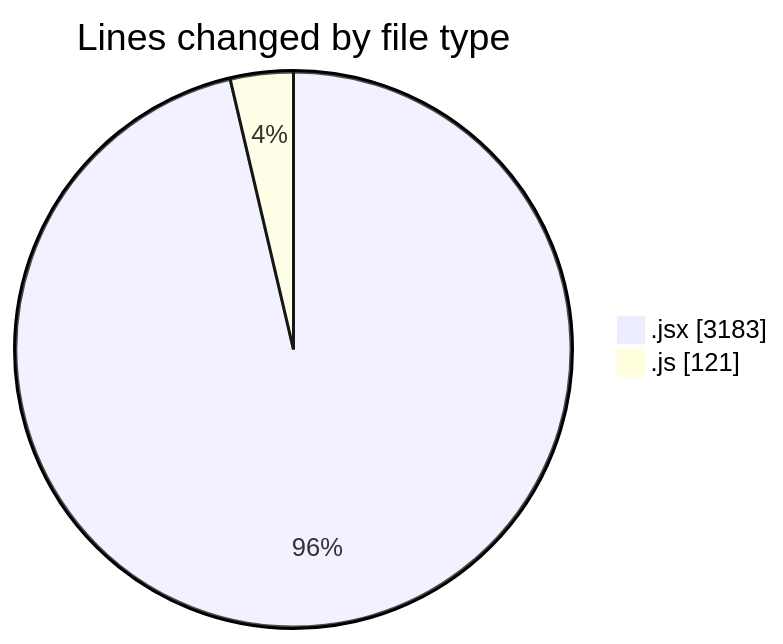
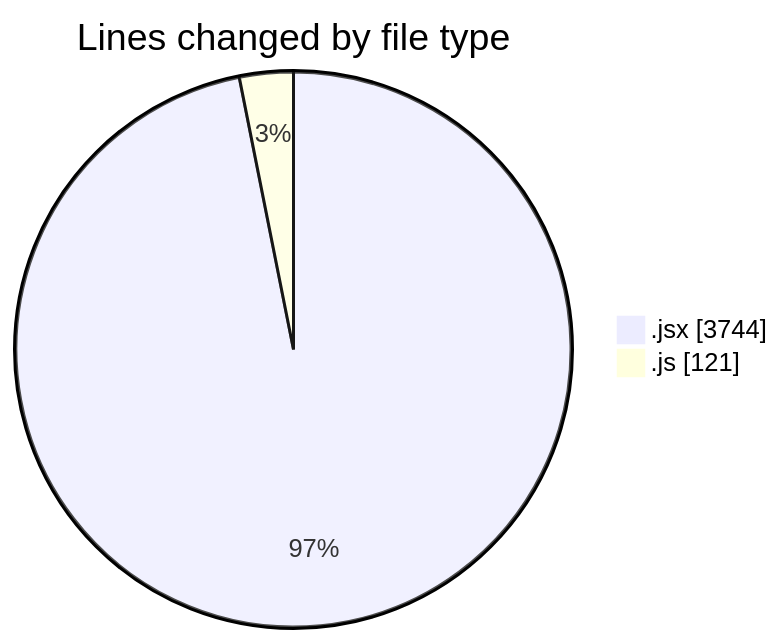
One commit to nxtqubesakshisongat/code-tracking changed the first of 2 diagrams in 2025-08-01/nxtqube_webapp/README.md. Above: the diagram before and after it, drawn with Mermaid. The commit also changed other lines of this file and 1 other file, not shown here.

````diff
--- a/2025-08-01/nxtqube_webapp/README.md
+++ b/2025-08-01/nxtqube_webapp/README.md
@@ -30,6 +30,6 @@
 ```mermaid
 pie showData
 title Lines changed by file type
-".jsx" : 3183
+".jsx" : 3744
 ".js" : 121
 ```
````
